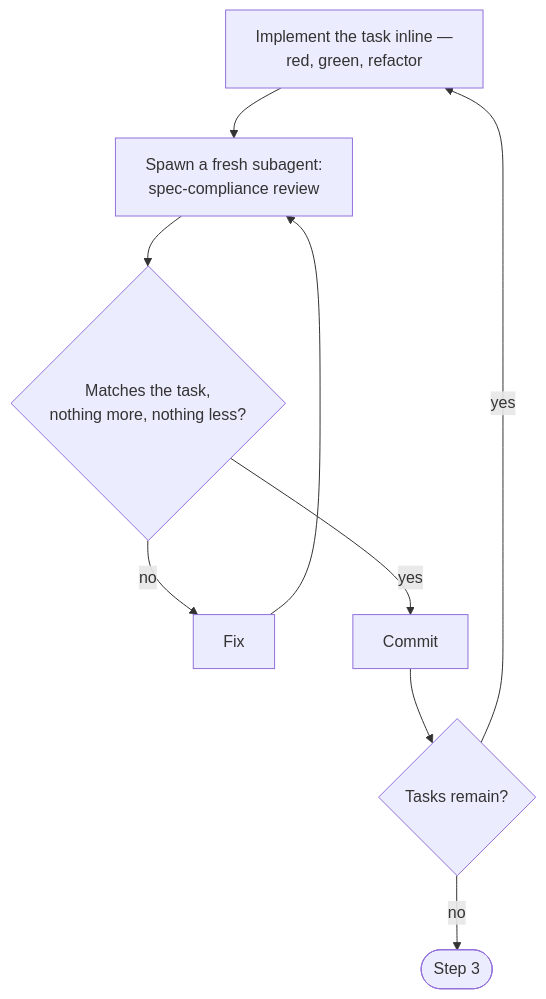
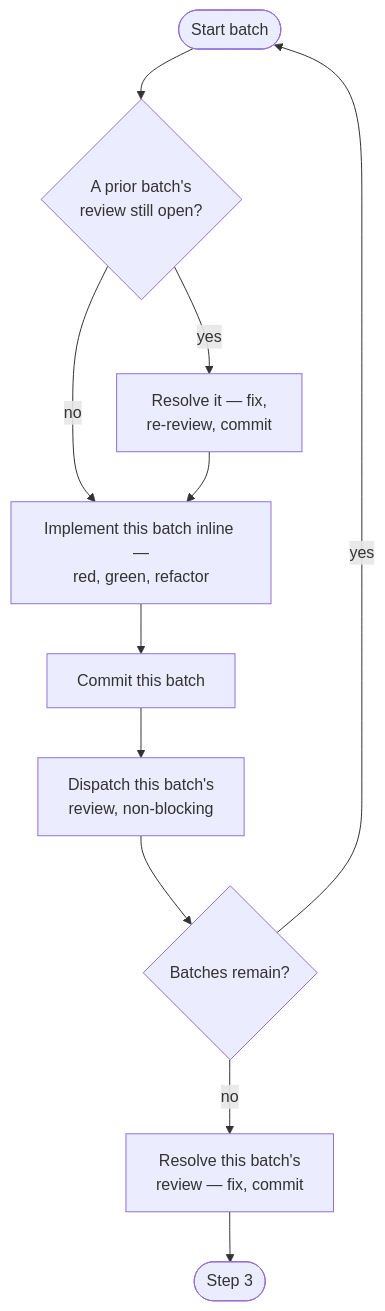
Before and after one commit to anhtrinh919/autobuild: the diagram in skills/implement/SKILL.md, drawn with Mermaid. The commit also changed other lines of this file and 2 other files, not shown here.

Commit message:
Add design-vs-brief precedence check, pipeline implement's per-batch review
Spec's design handback never checked drift against the brief, so a drifted
design silently won by default. Now ask the user up front which one
outranks, then check: outrank rewrites the brief in place, no mismatch
just fails the gate like any other finding.

Implement's per-task review loop was written fully synchronous, but real
sessions dispatch review and move to the next batch anyway, then break
flow when the review lands mid-batch. Pipeline it one batch deep instead:
commit, dispatch review non-blocking, start the next batch, and only ever
resolve a pending review at the start of the following one.

````diff
--- a/skills/implement/SKILL.md
+++ b/skills/implement/SKILL.md
@@ -69,9 +69,12 @@
 ```mermaid
 flowchart TD
-    implement[Implement the task inline —\nred, green, refactor] --> specreview[Spawn a fresh subagent:\nspec-compliance review]
-    specreview --> specok{Matches the task,\nnothing more, nothing less?}
-    specok -->|no| fix[Fix] --> specreview
-    specok -->|yes| commit[Commit] --> more{Tasks remain?}
-    more -->|yes| implement
-    more -->|no| next([Step 3])
+    start([Start batch]) --> outstanding{A prior batch's\nreview still open?}
+    outstanding -->|yes| resolve[Resolve it — fix,\nre-review, commit]
+    outstanding -->|no| implement
+    resolve --> implement[Implement this batch inline —\nred, green, refactor]
+    implement --> commit[Commit this batch]
+    commit --> dispatch[Dispatch this batch's\nreview, non-blocking]
+    dispatch --> more{Batches remain?}
+    more -->|yes| start
+    more -->|no| drain[Resolve this batch's\nreview — fix, commit] --> next([Step 3])
 ```
````
